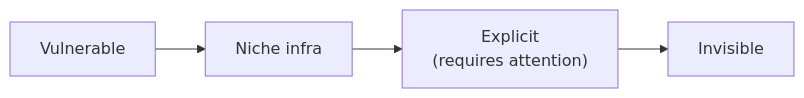
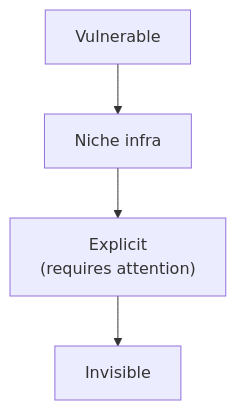
One commit to ChihChengLiang/notes changed the diagram in notes/2026-08-26_crypto_products/slides.md. Above: the diagram before and after it, drawn with Mermaid. The commit also changed other lines of this file, not shown here.

````diff
--- a/notes/2026-08-26_crypto_products/slides.md
+++ b/notes/2026-08-26_crypto_products/slides.md
@@ -346,5 +307,5 @@
 ```mermaid
 %% fragment
-flowchart LR
+flowchart TD
     A["Vulnerable"] --> B["Niche infra"] --> C["Explicit<br/>(requires attention)"] --> D["Invisible"]
 ```
````
